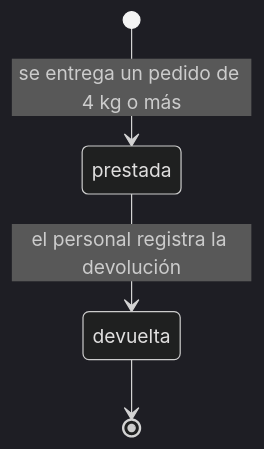
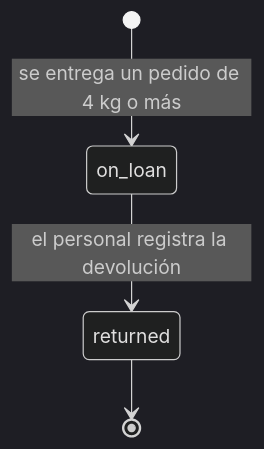
Before and after one commit to Yordi-JA/pasteleria-ilusion: the sixth of 6 diagrams in docs/proyecto/arquitectura.md, drawn with Mermaid (dark theme). The commit also changed other lines of this file and 55 other files, not shown here.

````diff
--- a/docs/proyecto/arquitectura.md
+++ b/docs/proyecto/arquitectura.md
@@ -267,6 +269,6 @@
 ```mermaid
 stateDiagram-v2
-    [*] --> prestada : se entrega un pedido de 4 kg o más
-    prestada --> devuelta : el personal registra la devolución
-    devuelta --> [*]
+    [*] --> on_loan : se entrega un pedido de 4 kg o más
+    on_loan --> returned : el personal registra la devolución
+    returned --> [*]
 ```
````
